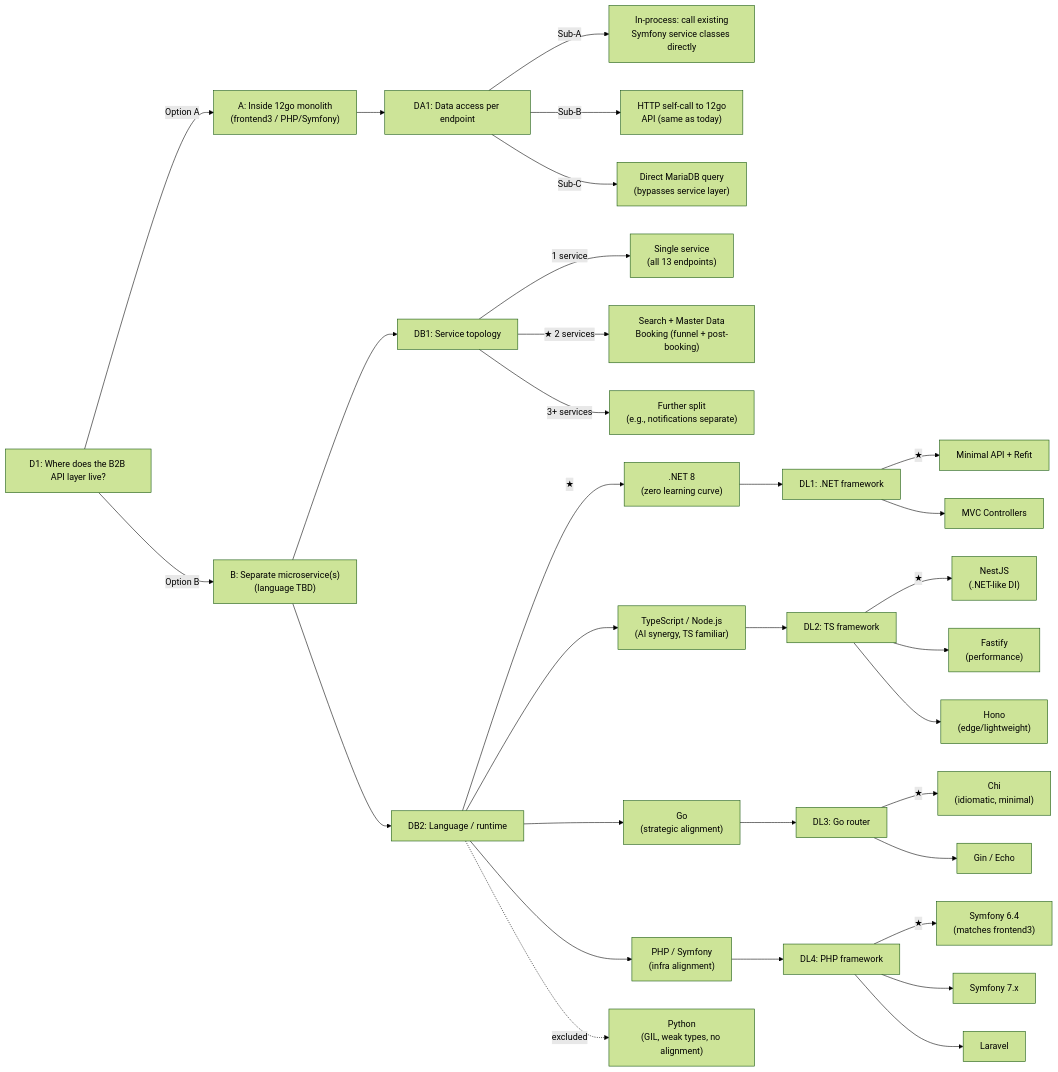
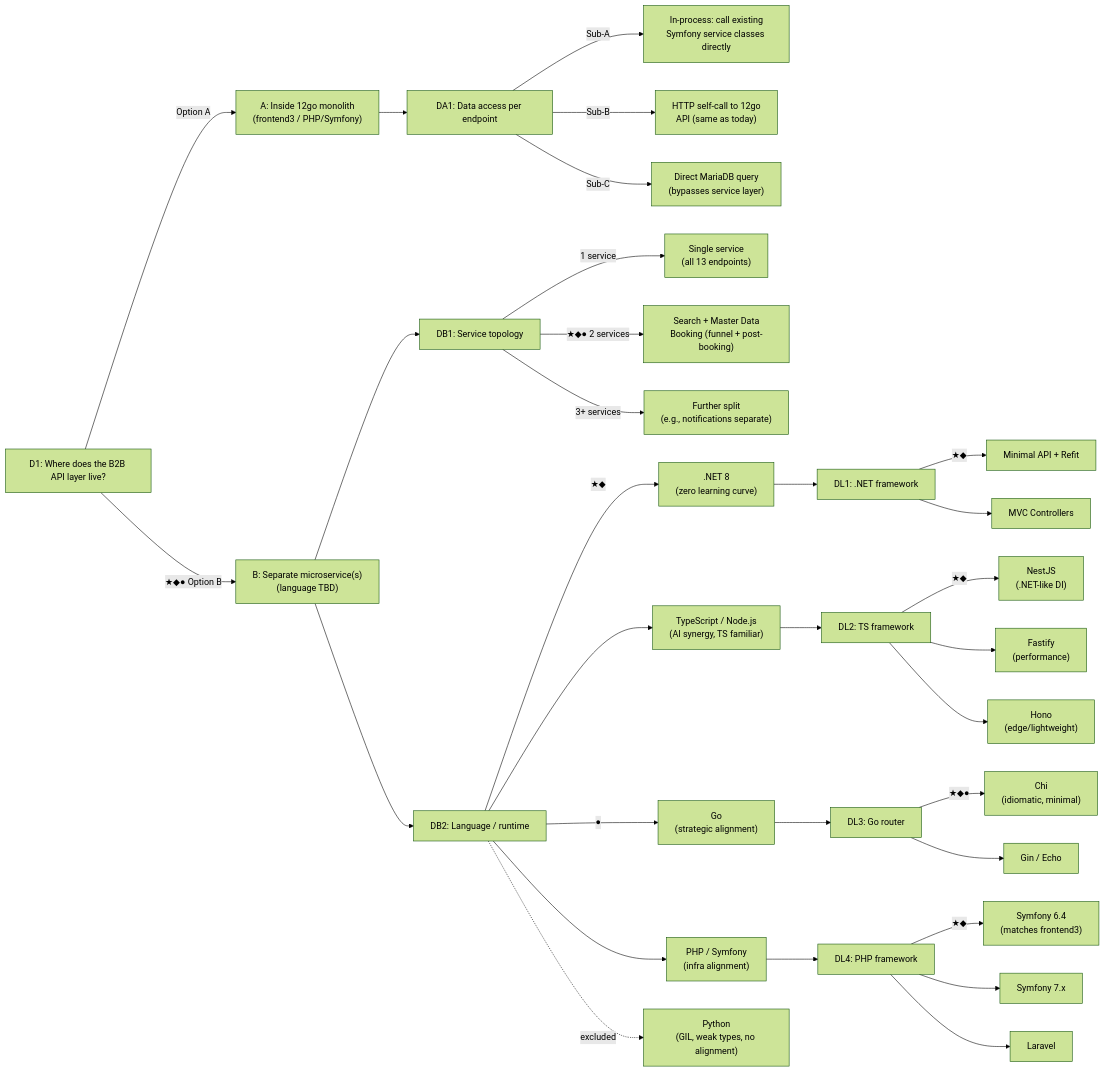
Before and after one commit to sosotravelier/tc-transition-to-12go: the first of 4 diagrams in design/decision-map.md, drawn with Mermaid (forest theme). The commit also changed other lines of this file, not shown here.

````diff
--- a/design/decision-map.md
+++ b/design/decision-map.md
@@ -18,41 +26,41 @@
 ```mermaid
 flowchart LR
     D1["D1: Where does the B2B API layer live?"]
     D1 -->|Option A| A["A: Inside 12go monolith\n(frontend3 / PHP/Symfony)"]
-    D1 -->|Option B| B["B: Separate microservice(s)\n(language TBD)"]
+    D1 -->|★◆● Option B| B["B: Separate microservice(s)\n(language TBD)"]
 
     A --> DA1["DA1: Data access per endpoint"]
     DA1 -->|Sub-A| DA1a["In-process: call existing\nSymfony service classes directly"]
     DA1 -->|Sub-B| DA1b["HTTP self-call to 12go\nAPI (same as today)"]
     DA1 -->|Sub-C| DA1c["Direct MariaDB query\n(bypasses service layer)"]
 
     B --> DB1["DB1: Service topology"]
     DB1 -->|1 service| DB1a["Single service\n(all 13 endpoints)"]
-    DB1 -->|★ 2 services| DB1b["Search + Master Data\nBooking (funnel + post-booking)"]
+    DB1 -->|★◆● 2 services| DB1b["Search + Master Data\nBooking (funnel + post-booking)"]
     DB1 -->|3+ services| DB1c["Further split\n(e.g., notifications separate)"]
 
     B --> DB2["DB2: Language / runtime"]
-    DB2 -->|★| L1[".NET 8\n(zero learning curve)"]
+    DB2 -->|★◆| L1[".NET 8\n(zero learning curve)"]
     DB2 --> L2["TypeScript / Node.js\n(AI synergy, TS familiar)"]
-    DB2 --> L3["Go\n(strategic alignment)"]
+    DB2 -->|●| L3["Go\n(strategic alignment)"]
     DB2 --> L4["PHP / Symfony\n(infra alignment)"]
     DB2 -.->|excluded| L5["Python\n(GIL, weak types, no alignment)"]
 
     L1 --> DL1["DL1: .NET framework"]
-    DL1 -->|★| DL1a["Minimal API + Refit"]
+    DL1 -->|★◆| DL1a["Minimal API + Refit"]
     DL1 --> DL1b["MVC Controllers"]
 
     L2 --> DL2["DL2: TS framework"]
-    DL2 -->|★| DL2a["NestJS\n(.NET-like DI)"]
+    DL2 -->|★◆| DL2a["NestJS\n(.NET-like DI)"]
     DL2 --> DL2b["Fastify\n(performance)"]
     DL2 --> DL2c["Hono\n(edge/lightweight)"]
 
     L3 --> DL3["DL3: Go router"]
-    DL3 -->|★| DL3a["Chi\n(idiomatic, minimal)"]
+    DL3 -->|★◆●| DL3a["Chi\n(idiomatic, minimal)"]
     DL3 --> DL3b["Gin / Echo"]
 
     L4 --> DL4["DL4: PHP framework"]
-    DL4 -->|★| DL4a["Symfony 6.4\n(matches frontend3)"]
+    DL4 -->|★◆| DL4a["Symfony 6.4\n(matches frontend3)"]
     DL4 --> DL4b["Symfony 7.x"]
     DL4 --> DL4c["Laravel"]
 ```
````
